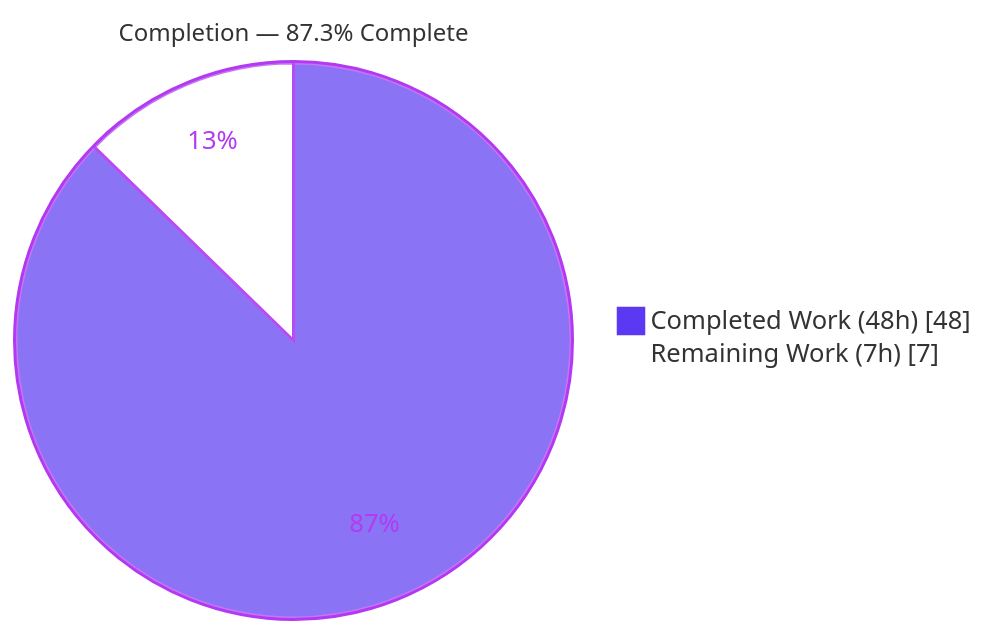
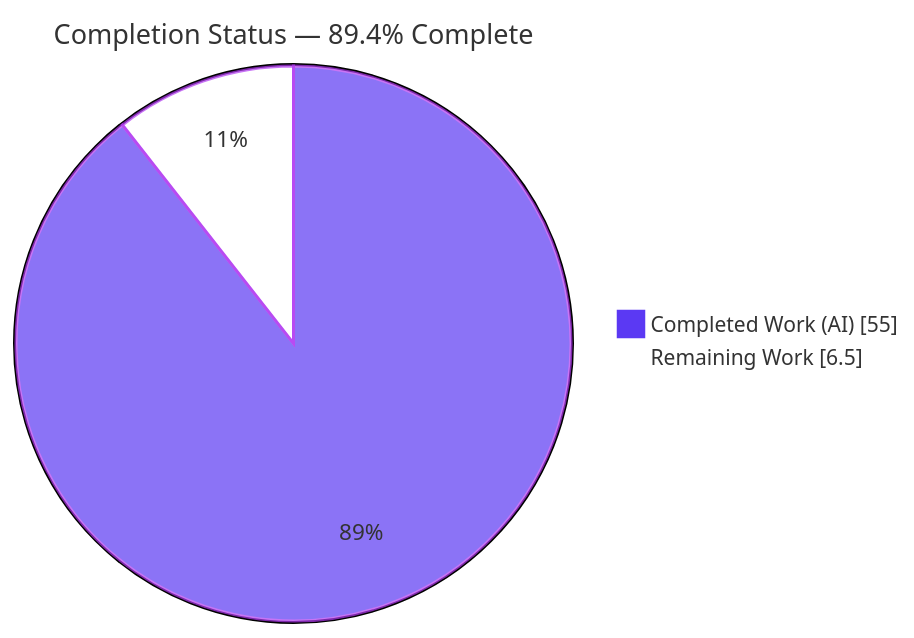
The first of 3 diagrams in blitzy/documentation/Project Guide.md (ajitblitzy/Society_Mngt_26-Jun-2026-Afternoon), drawn with Mermaid before and after one commit. The commit also changed other lines of this file, not shown here.

Commit message:
Adding Blitzy Project Guide: Project Status and Human Tasks Remaining

````diff
--- a/blitzy/documentation/Project Guide.md
+++ b/blitzy/documentation/Project Guide.md
@@ -16,6 +19,6 @@
 ```mermaid
-%%{init: {'theme':'base', 'themeVariables': {'pie1':'#5B39F3','pie2':'#FFFFFF','pieStrokeColor':'#B23AF2','pieOuterStrokeColor':'#B23AF2','pieSectionTextColor':'#B23AF2','pieStrokeWidth':'2px','pieTitleTextSize':'16px'}}}%%
-pie showData title Completion — 87.3% Complete
-    "Completed Work (48h)" : 48
-    "Remaining Work (7h)" : 7
+%%{init: {'theme':'base','themeVariables':{'pie1':'#5B39F3','pie2':'#FFFFFF','pieStrokeColor':'#B23AF2','pieStrokeWidth':'2px','pieOuterStrokeWidth':'2px','pieTitleTextSize':'18px','pieSectionTextSize':'15px','pieLegendTextSize':'14px','fontFamily':'Helvetica'}}}%%
+pie showData title Completion Status — 89.4% Complete
+    "Completed Work (AI)" : 55
+    "Remaining Work" : 6.5
 ```
````
